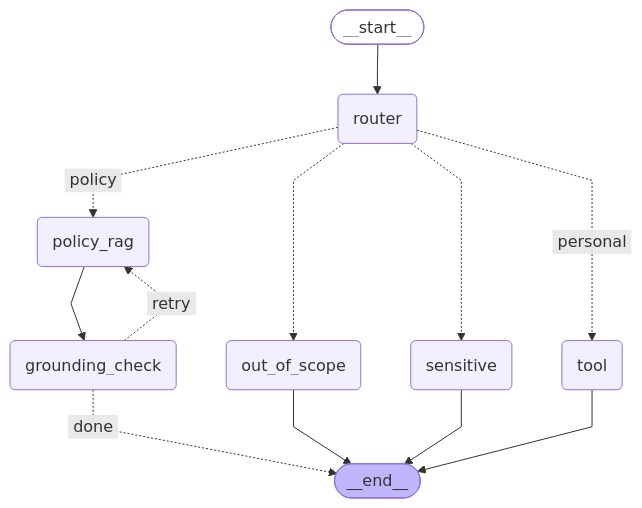
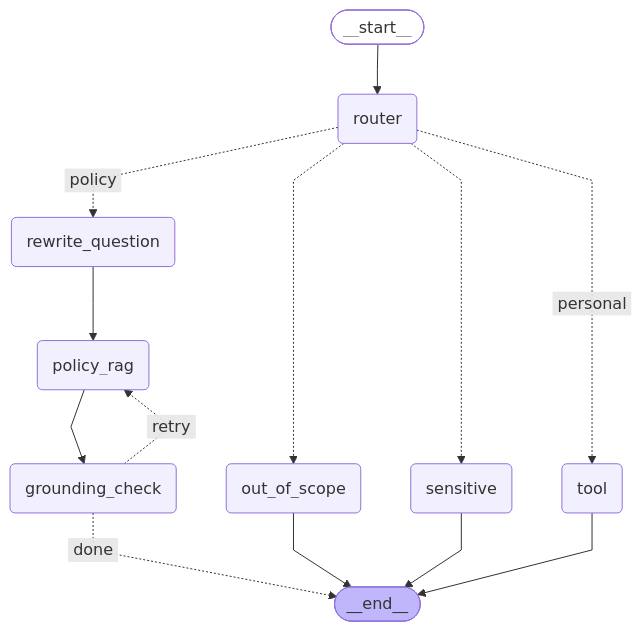
Before and after one commit to Surbhi20-hub/HR_Policy_Copilot_: the diagram in docs/architecture.md, drawn with Mermaid. The commit also changed other lines of this file, not shown here.

Commit message:
feat: rewrite policy follow-up questions using chat memory

````diff
--- a/docs/architecture.md
+++ b/docs/architecture.md
@@ -5,31 +5,33 @@
 ```mermaid
 ---
 config:
   flowchart:
     curve: linear
 ---
 graph TD;
 	__start__([<p>__start__</p>]):::first
 	router(router)
+	rewrite_question(rewrite_question)
 	policy_rag(policy_rag)
 	grounding_check(grounding_check)
 	tool(tool)
 	sensitive(sensitive)
 	out_of_scope(out_of_scope)
 	__end__([<p>__end__</p>]):::last
 	__start__ --> router;
 	grounding_check -. &nbsp;done&nbsp; .-> __end__;
 	grounding_check -. &nbsp;retry&nbsp; .-> policy_rag;
 	policy_rag --> grounding_check;
+	rewrite_question --> policy_rag;
 	router -.-> out_of_scope;
-	router -. &nbsp;policy&nbsp; .-> policy_rag;
+	router -. &nbsp;policy&nbsp; .-> rewrite_question;
 	router -.-> sensitive;
 	router -. &nbsp;personal&nbsp; .-> tool;
 	out_of_scope --> __end__;
 	sensitive --> __end__;
 	tool --> __end__;
 	classDef default fill:#f2f0ff,line-height:1.2
 	classDef first fill-opacity:0
 	classDef last fill:#bfb6fc
 
 ```
````
